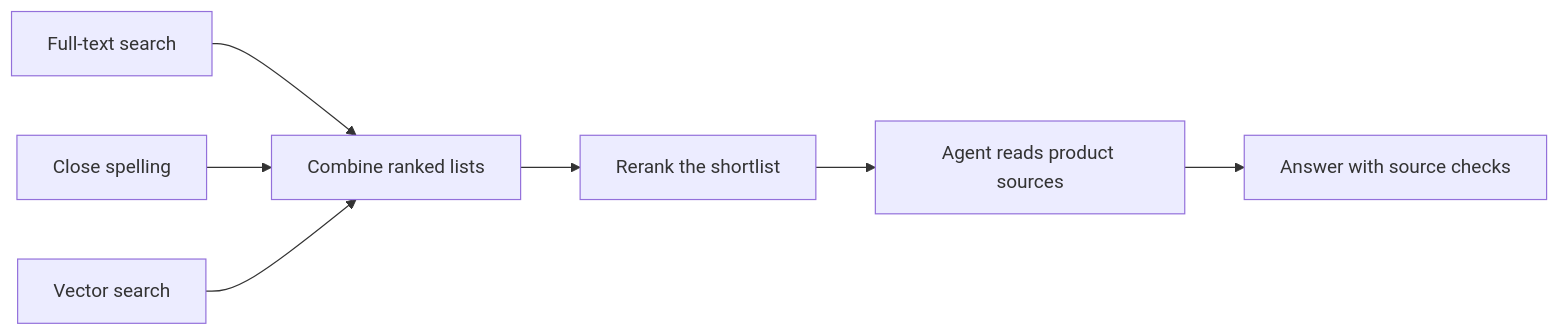
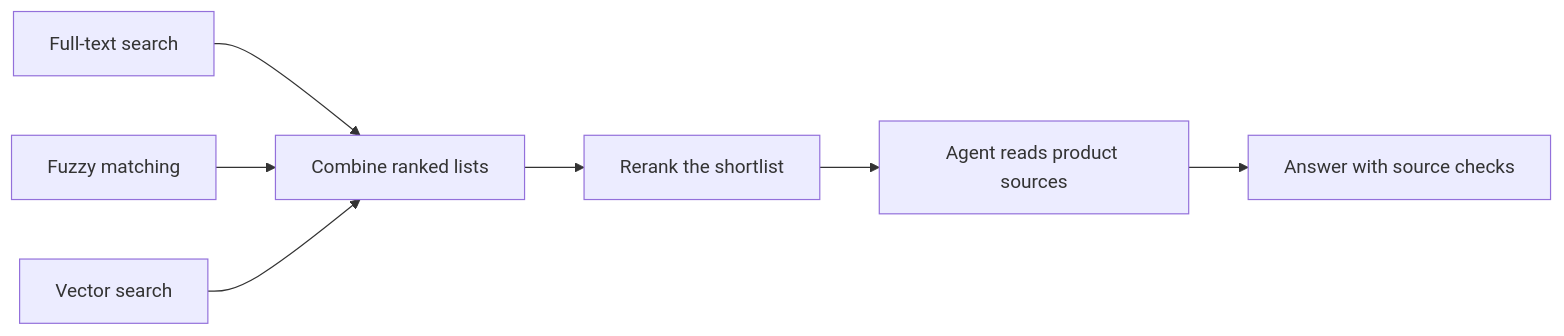
The diagram in README.md (aws-samples/sample-agentic-hybrid-retrieval-aurora-postgresql), drawn with Mermaid before and after one commit. The commit also changed other lines of this file and 64 other files, not shown here.

````diff
--- a/README.md
+++ b/README.md
@@ -123,9 +123,9 @@
 ```mermaid
 flowchart LR
     FTS[Full-text search] --> RRF[Combine ranked lists]
-    TRGM[Close spelling] --> RRF
+    TRGM[Fuzzy matching] --> RRF
     VECTOR[Vector search] --> RRF
     RRF --> RERANK[Rerank the shortlist]
     RERANK --> AGENT[Agent reads product sources]
     AGENT --> ANSWER[Answer with source checks]
 ```
````
